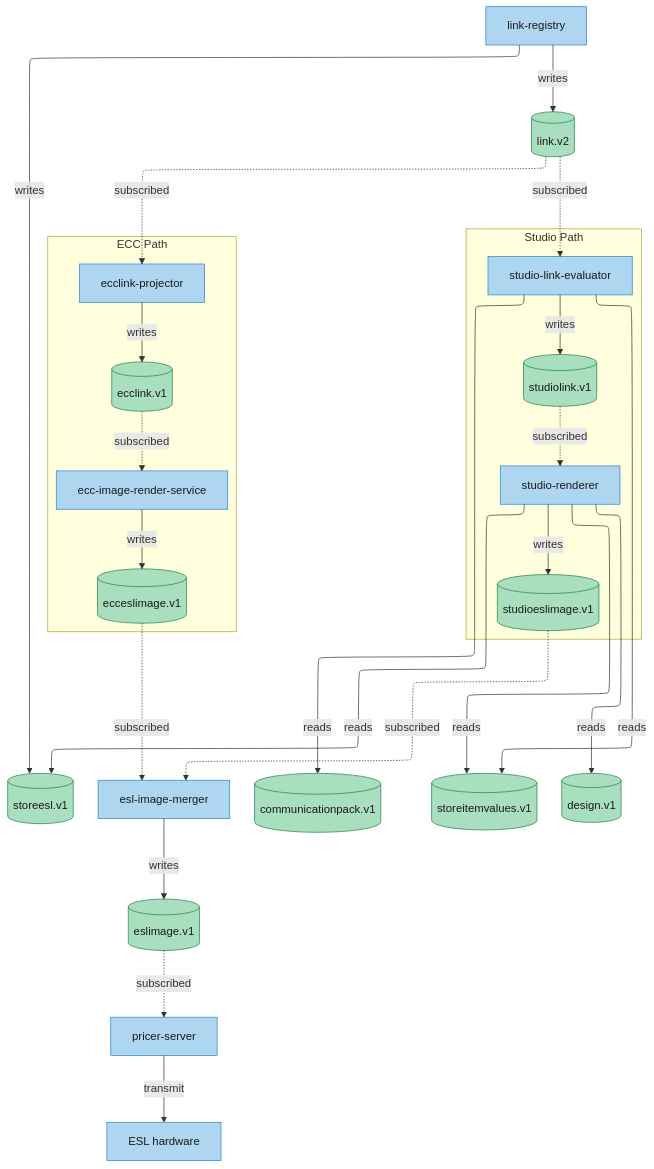
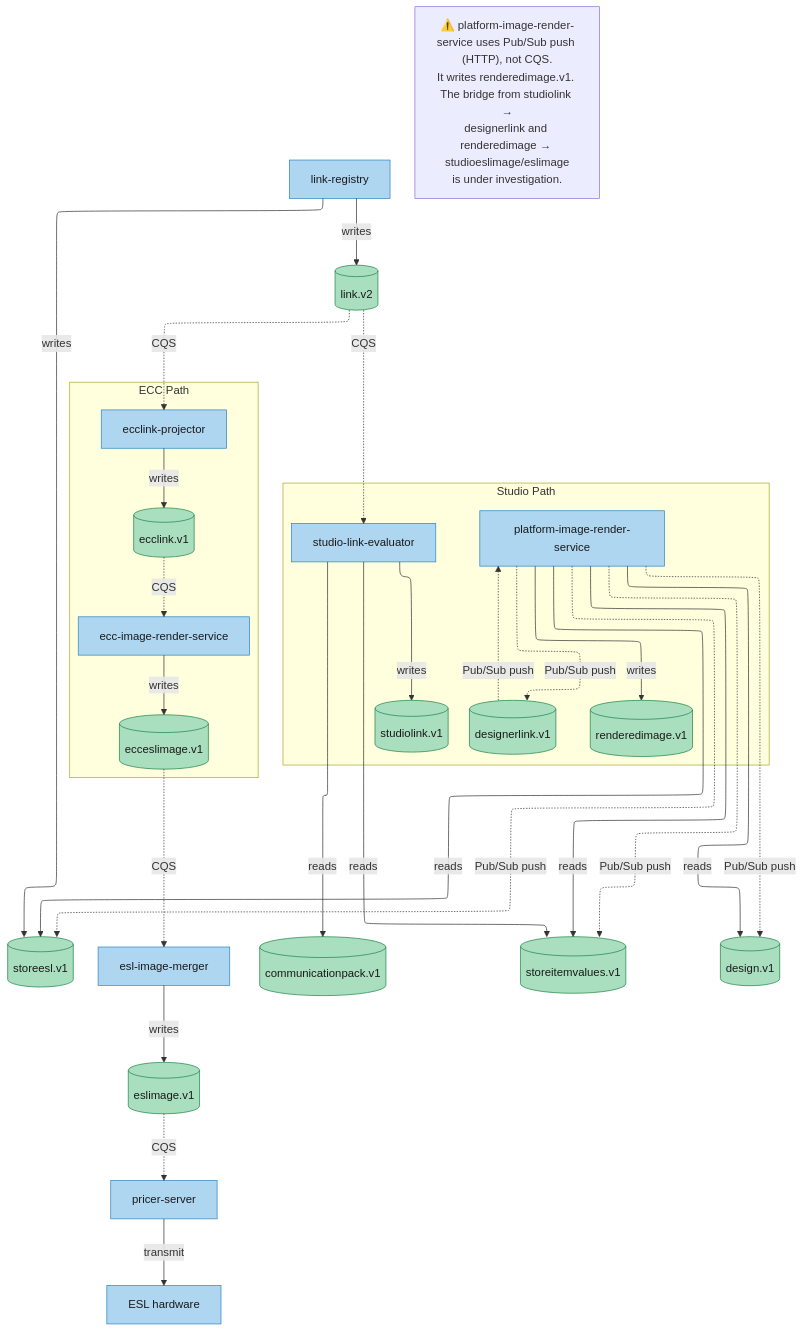
One commit to cristiandeaconeasa-dev/Replatforming-docs changed the first of 4 diagrams in 11-link-pipeline-deep-dive.md. Above: the diagram before and after it, drawn with Mermaid. The commit also changed other lines of this file and 11 other files, not shown here.

````diff
--- a/11-link-pipeline-deep-dive.md
+++ b/11-link-pipeline-deep-dive.md
@@ -11,67 +11,73 @@
 ```mermaid
 ---
 config:
     layout: elk
 ---
 flowchart TB
     LR[link-registry]
     SESL[("storeesl.v1")]
     LV2[("link.v2")]
 
     subgraph Studio["Studio Path"]
         SLE[studio-link-evaluator]
         STL[("studiolink.v1")]
-        SR[studio-renderer]
-        SEI[("studioeslimage.v1")]
+        DL[("designerlink.v1")]
+        SR[platform-image-render-service]
+        RDI[("renderedimage.v1")]
     end
 
     subgraph ECC["ECC Path"]
         ELP[ecclink-projector]
         ECL[("ecclink.v1")]
         ECCR[ecc-image-render-service]
         EEI[("ecceslimage.v1")]
     end
 
     EIM[esl-image-merger]
     ESI[("eslimage.v1")]
     PS[pricer-server]
     ESL[ESL hardware]
 
     CP[("communicationpack.v1")]
     SIV[("storeitemvalues.v1")]
     DSN[("design.v1")]
 
     LR -->|writes| SESL
     LR -->|writes| LV2
 
-    LV2 -.->|subscribed| SLE
-    LV2 -.->|subscribed| ELP
+    LV2 -.->|CQS| SLE
+    LV2 -.->|CQS| ELP
 
     SLE -->|reads| CP
     SLE -->|reads| SIV
     SLE -->|writes| STL
 
     ELP -->|writes| ECL
 
-    STL -.->|subscribed| SR
-    ECL -.->|subscribed| ECCR
+    SR -.->|Pub/Sub push| DL
+    SR -.->|Pub/Sub push| DSN
+    SR -.->|Pub/Sub push| SIV
+    SR -.->|Pub/Sub push| SESL
+    DL -.->|Pub/Sub push| SR
+    ECL -.->|CQS| ECCR
 
     SR -->|reads| DSN
     SR -->|reads| SIV
     SR -->|reads| SESL
-    SR -->|writes| SEI
+    SR -->|writes| RDI
 
     ECCR -->|writes| EEI
 
-    SEI -.->|subscribed| EIM
-    EEI -.->|subscribed| EIM
+    EEI -.->|CQS| EIM
     EIM -->|writes| ESI
 
-    ESI -.->|subscribed| PS
+    ESI -.->|CQS| PS
     PS -->|transmit| ESL
+
+    Note["⚠️ platform-image-render-service uses Pub/Sub push (HTTP), not CQS.<br/>It writes renderedimage.v1. The bridge from studiolink →<br/>designerlink and renderedimage → studioeslimage/eslimage<br/>is under investigation."]
 
     classDef svc fill:#AED6F1,stroke:#2E86C1,color:#1a1a1a
     classDef dto fill:#A9DFBF,stroke:#1E8449,color:#1a1a1a
     class LR,SLE,SR,ELP,ECCR,EIM,PS,ESL svc
-    class SESL,LV2,CP,SIV,STL,DSN,SEI,ECL,EEI,ESI dto
+    class SESL,LV2,CP,SIV,STL,DSN,DL,RDI,ECL,EEI,ESI dto
 ```
````
